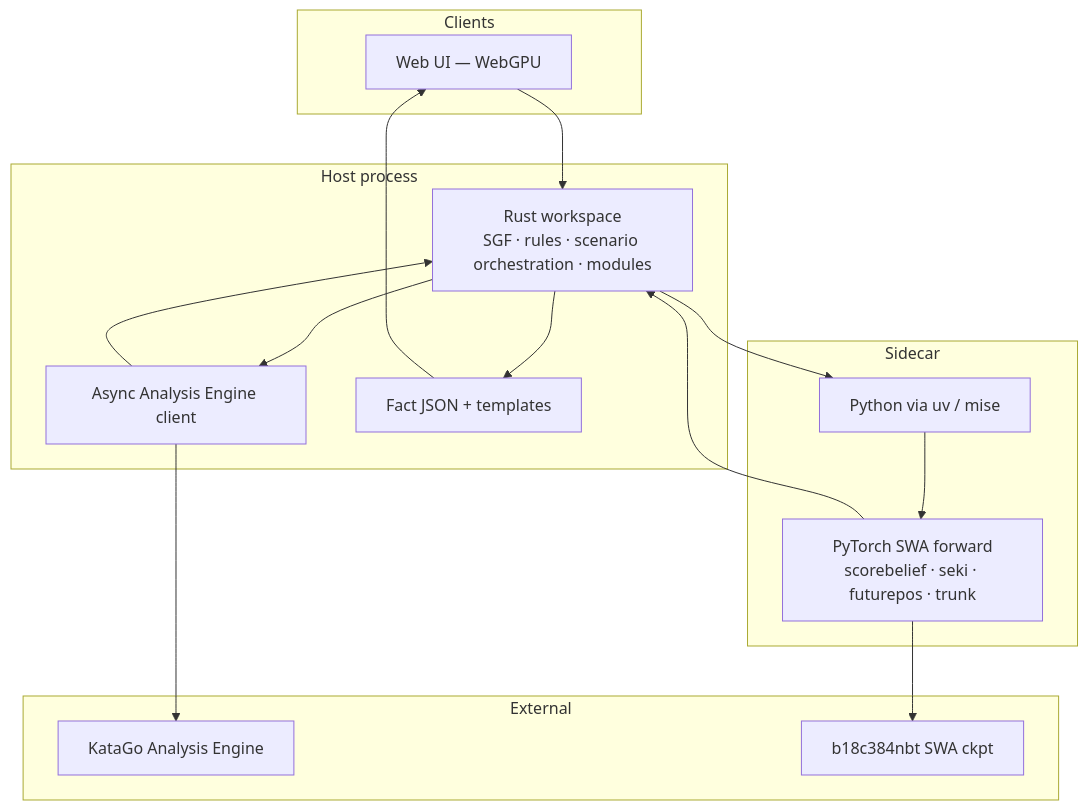
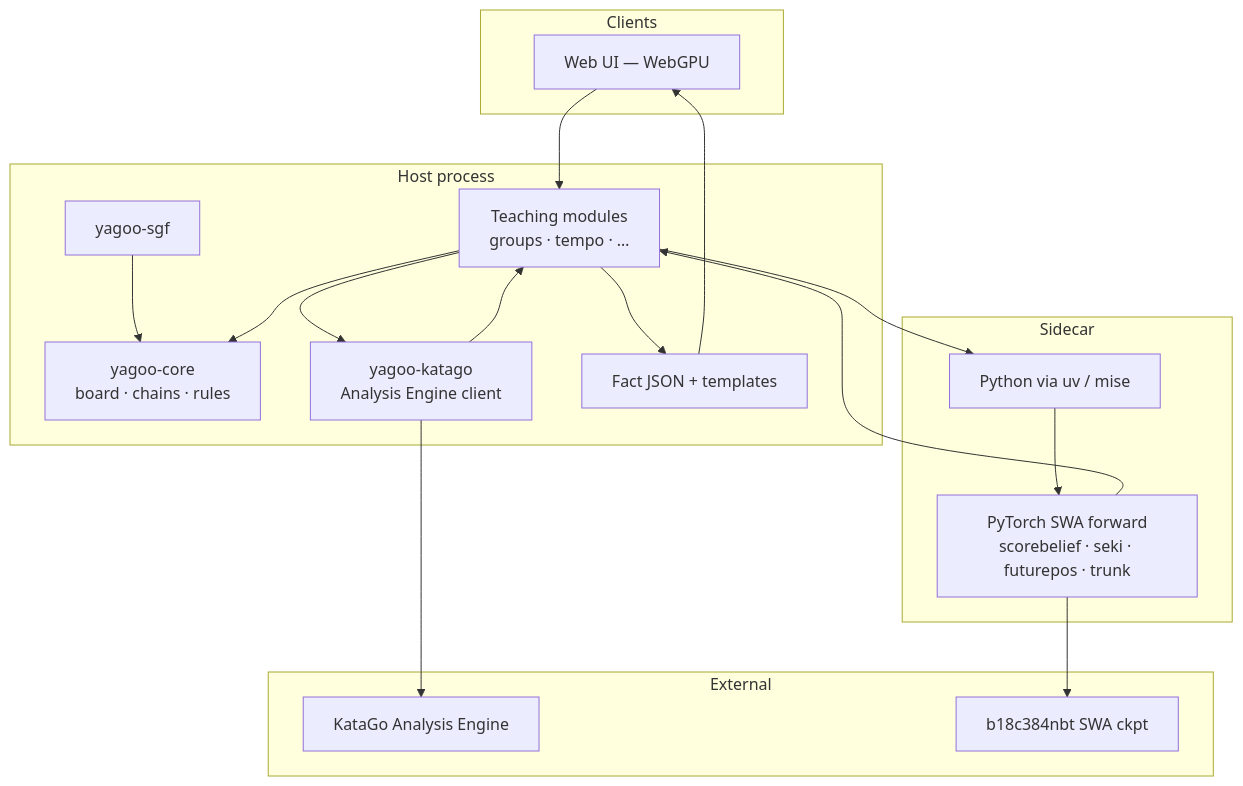
The first of 2 diagrams in docs/architecture.md (yet-another-ai/yagoo), drawn with Mermaid before and after one commit. The commit also changed other lines of this file and 43 other files, not shown here.

First line of the commit message:
feat: rename groups terminology and add Rust foundation crates

````diff
--- a/docs/architecture.md
+++ b/docs/architecture.md
@@ -5,29 +5,33 @@
 ```mermaid
 flowchart TB
   subgraph clients [Clients]
     UI[Web UI — WebGPU]
   end
 
   subgraph host [Host process]
-    Core[Rust workspace<br/>SGF · rules · scenario orchestration · modules]
-    AEClient[Async Analysis Engine client]
+    Core[yagoo-core<br/>board · chains · rules]
+    Sgf[yagoo-sgf]
+    AEClient[yagoo-katago<br/>Analysis Engine client]
+    Teach[Teaching modules<br/>groups · tempo · …]
     Facts[Fact JSON + templates]
   end
 
   subgraph side [Sidecar]
     UV[Python via uv / mise]
     PT[PyTorch SWA forward<br/>scorebelief · seki · futurepos · trunk]
   end
 
   subgraph external [External]
     KG[KataGo Analysis Engine]
     Net[b18c384nbt SWA ckpt]
   end
 
-  UI --> Core
-  Core --> AEClient --> KG
-  Core --> UV --> PT --> Net
-  AEClient --> Core
-  PT --> Core
-  Core --> Facts --> UI
+  UI --> Teach
+  Sgf --> Core
+  Teach --> Core
+  Teach --> AEClient --> KG
+  Teach --> UV --> PT --> Net
+  AEClient --> Teach
+  PT --> Teach
+  Teach --> Facts --> UI
 ```
````
